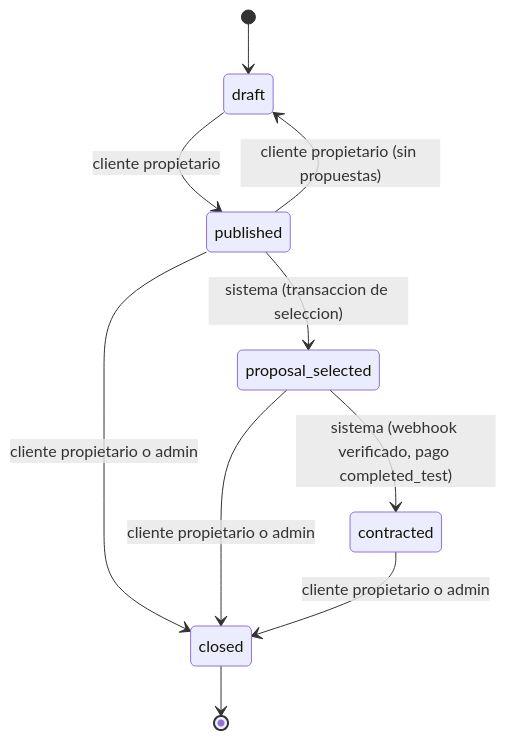
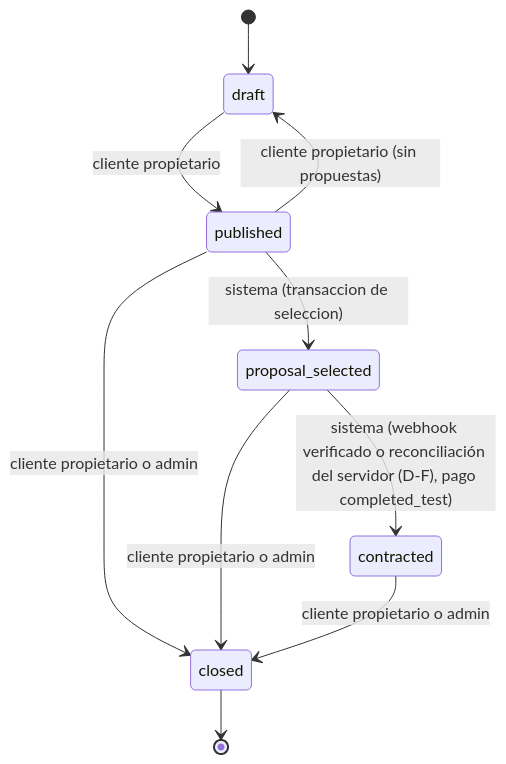
Before and after one commit to haroldmip89-sys/nexora-app: the first of 5 diagrams in docs/architecture/state-machines.md, drawn with Mermaid. The commit also changed other lines of this file and 165 other files, not shown here.

First line of the commit message:
feat: add rating schema and validation tests

````diff
--- a/docs/architecture/state-machines.md
+++ b/docs/architecture/state-machines.md
@@ -23,12 +23,12 @@
 ```mermaid
 stateDiagram-v2
     [*] --> draft
     draft --> published: cliente propietario
     published --> draft: cliente propietario (sin propuestas)
     published --> proposal_selected: sistema (transaccion de seleccion)
-    proposal_selected --> contracted: sistema (webhook verificado, pago completed_test)
+    proposal_selected --> contracted: sistema (webhook verificado o reconciliación del servidor (D-F), pago completed_test)
     published --> closed: cliente propietario o admin
     proposal_selected --> closed: cliente propietario o admin
     contracted --> closed: cliente propietario o admin
     closed --> [*]
 ```
````
